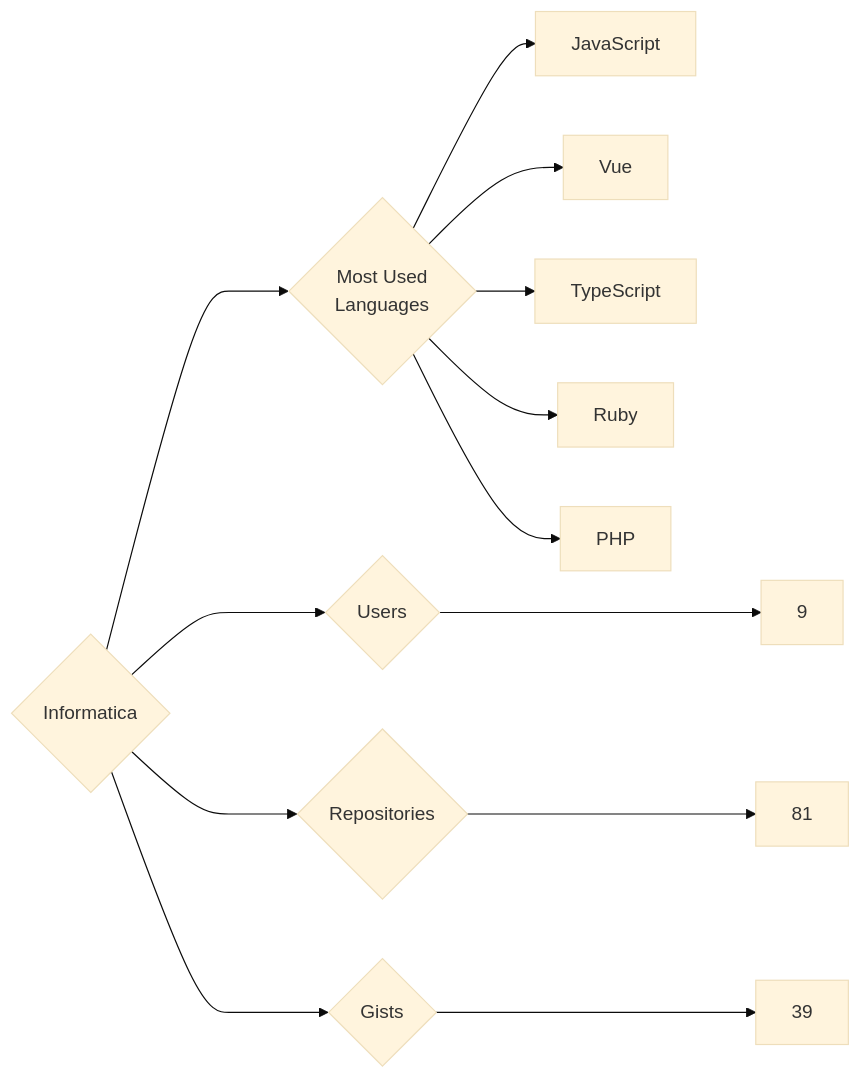
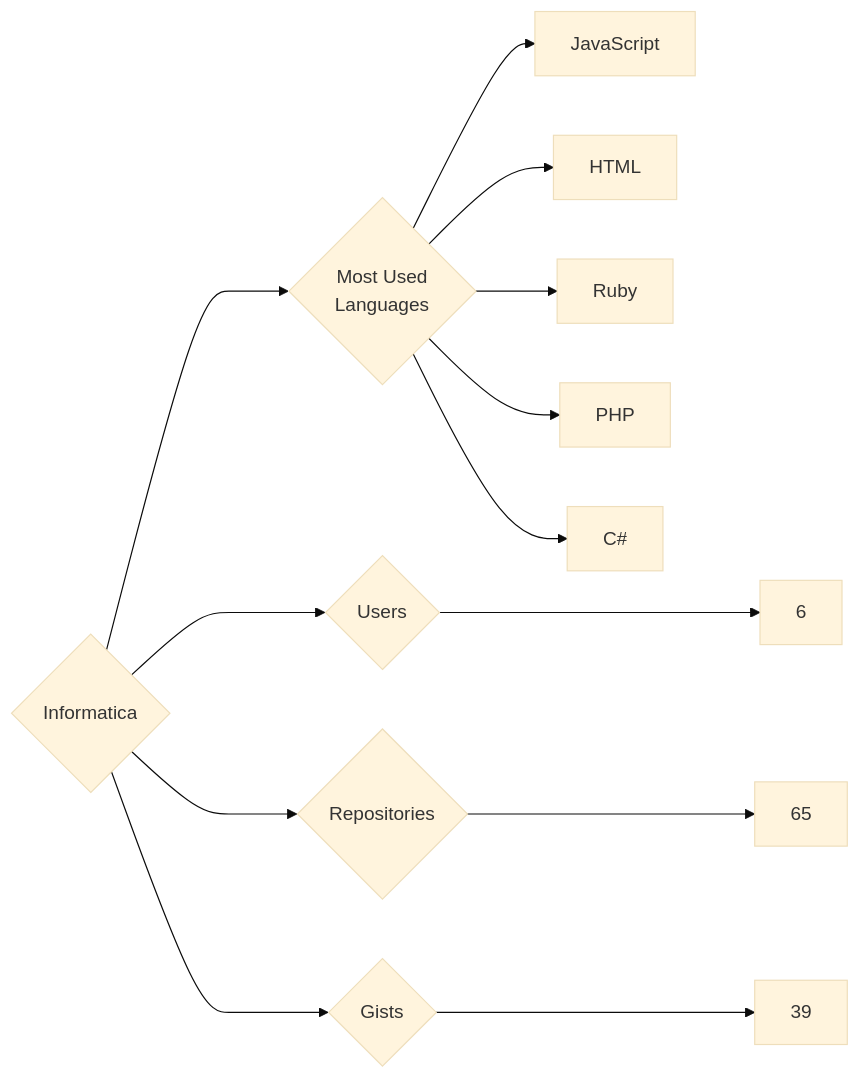
The diagram in targets/Informatica/README.md (trickest/insiders), drawn with Mermaid (base theme) before and after one commit. The commit also changed 1141 other files, not shown here.

````diff
--- a/targets/Informatica/README.md
+++ b/targets/Informatica/README.md
@@ -3,13 +3,13 @@
 ```mermaid
 graph LR
 COMPANY_NAME{Informatica}
-COMPANY_NAME ---> U{Users} ---> UN[9]
-COMPANY_NAME ---> R{Repositories} ---> RN[81]
+COMPANY_NAME ---> U{Users} ---> UN[6]
+COMPANY_NAME ---> R{Repositories} ---> RN[65]
 COMPANY_NAME ---> G{Gists} ---> GN[39]
 COMPANY_NAME ---> ML{Most Used<br>Languages}
 ML --> JavaScript[JavaScript]
-ML --> Vue[Vue]
-ML --> TypeScript[TypeScript]
+ML --> HTML[HTML]
 ML --> Ruby[Ruby]
 ML --> PHP[PHP]
+ML --> C#[C#]
 ```
````
